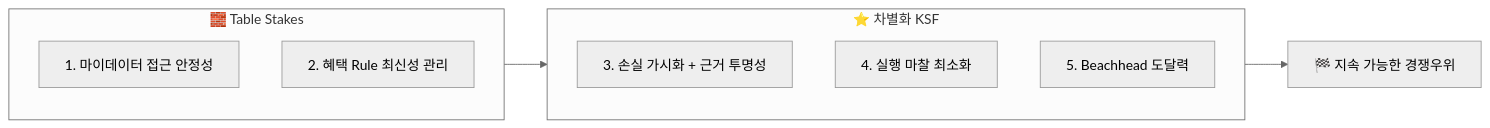
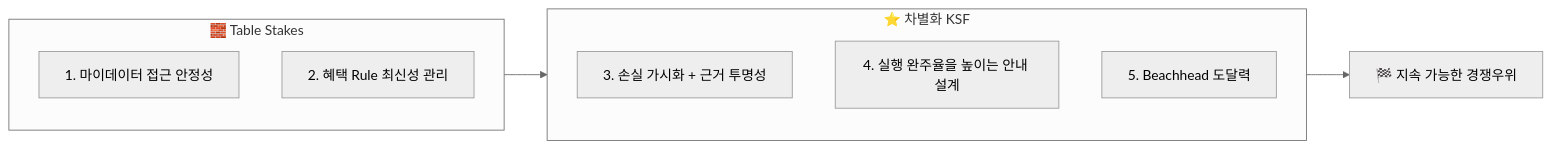
Before and after one commit to jennie-brain/team-project_2nd: the diagram in 윤정/확정본/03_KSF.md, drawn with Mermaid (neutral theme). The commit also changed other lines of this file, not shown here.

````diff
--- a/윤정/확정본/03_KSF.md
+++ b/윤정/확정본/03_KSF.md
@@ -6,16 +6,16 @@
 ```mermaid
 flowchart LR
     subgraph TS["🧱 Table Stakes"]
         direction TB
         K1["1. 마이데이터 접근 안정성"]
         K2["2. 혜택 Rule 최신성 관리"]
     end
     subgraph DF["⭐ 차별화 KSF"]
         direction TB
         K3["3. 손실 가시화 + 근거 투명성"]
-        K4["4. 실행 마찰 최소화"]
+        K4["4. 실행 완주율을 높이는 안내 설계"]
         K5["5. Beachhead 도달력"]
     end
     TS --> DF
     DF --> W["🏁 지속 가능한 경쟁우위"]
 ```
````
